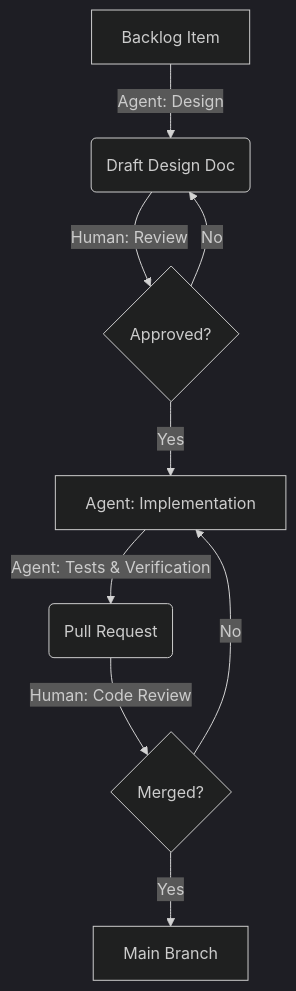
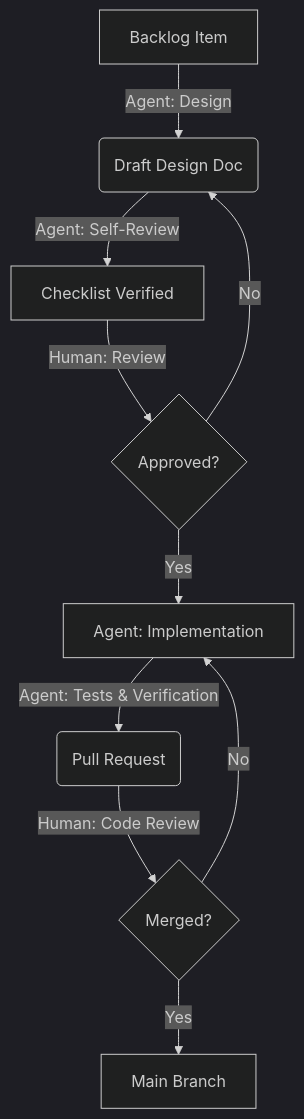
One commit to shaunhickson/youtube-url-replacer changed the diagram in docs/GITHUB_STRATEGY.md. Above: the diagram before and after it, drawn with Mermaid (dark theme). The commit also changed other lines of this file and 1 other file, not shown here.

Commit message:
docs: Define Agent Design Review process

````diff
--- a/docs/GITHUB_STRATEGY.md
+++ b/docs/GITHUB_STRATEGY.md
@@ -16,11 +16,12 @@
 ```mermaid
 graph TD
     A[Backlog Item] -->|Agent: Design| B(Draft Design Doc)
-    B -->|Human: Review| C{Approved?}
+    B -->|Agent: Self-Review| B2[Checklist Verified]
+    B2 -->|Human: Review| C{Approved?}
     C -->|No| B
     C -->|Yes| D[Agent: Implementation]
     D -->|Agent: Tests & Verification| E(Pull Request)
     E -->|Human: Code Review| F{Merged?}
     F -->|No| D
     F -->|Yes| G[Main Branch]
 ```
````
